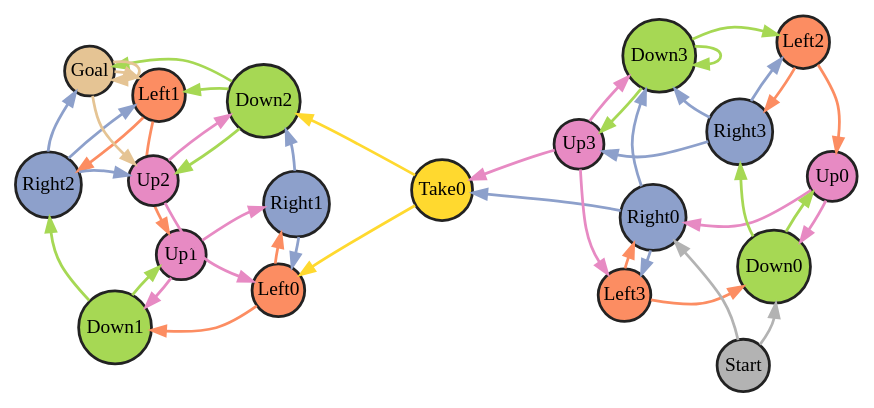
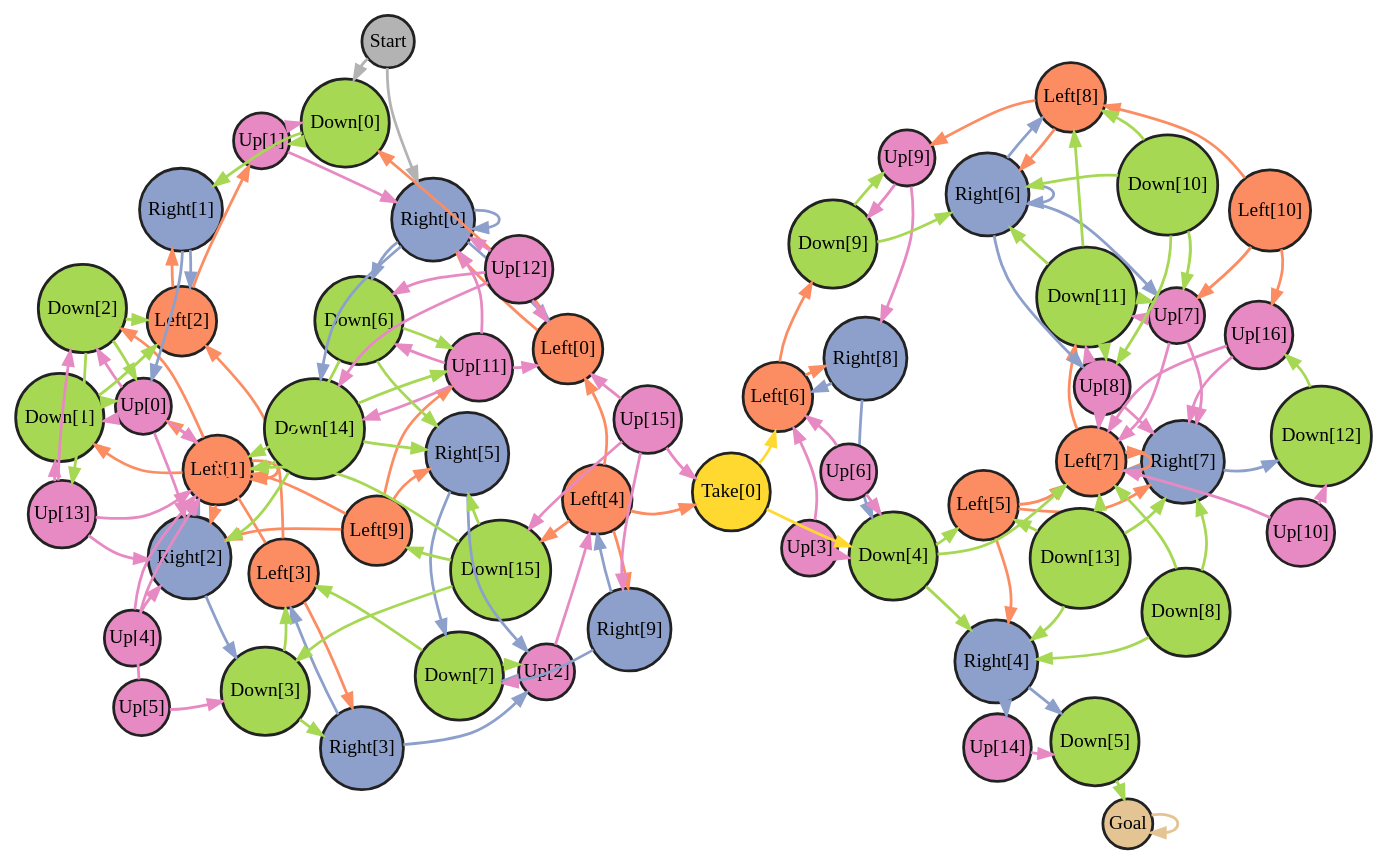
One commit to MrDiver/SymbolicLearning changed the diagram in data/graph.dot. Above: the diagram before and after it, drawn with Graphviz. The commit also changed 84 other files, not shown here.

```diff
--- a/data/graph.dot
+++ b/data/graph.dot
@@ -10,69 +10,212 @@
     smoothing = "spring";
     {
 	node[margin=0 color="#222222" penwidth=2.0 shape=circle style=filled fontname=serif]
-	0 [label="Left0" fillcolor="#fc8d62" ];
-	1 [label="Left1" fillcolor="#fc8d62" ];
-	2 [label="Left2" fillcolor="#fc8d62" ];
-	3 [label="Left3" fillcolor="#fc8d62" ];
-	4 [label="Right0" fillcolor="#8da0cb" ];
-	5 [label="Right1" fillcolor="#8da0cb" ];
-	6 [label="Right2" fillcolor="#8da0cb" ];
-	7 [label="Right3" fillcolor="#8da0cb" ];
-	8 [label="Up0" fillcolor="#e78ac3" ];
-	9 [label="Up1" fillcolor="#e78ac3" ];
-	10 [label="Up2" fillcolor="#e78ac3" ];
-	11 [label="Up3" fillcolor="#e78ac3" ];
-	12 [label="Down0" fillcolor="#a6d854" ];
-	13 [label="Down1" fillcolor="#a6d854" ];
-	14 [label="Down2" fillcolor="#a6d854" ];
-	15 [label="Down3" fillcolor="#a6d854" ];
-	16 [label="Take0" fillcolor="#ffd92f" ];
-	17 [label="Goal" fillcolor="#e5c494" ];
-	18 [label="Start" fillcolor="#b3b3b3" ];
+	0 [label="Left[0]" fillcolor="#fc8d62" ];
+	1 [label="Left[1]" fillcolor="#fc8d62" ];
+	2 [label="Left[2]" fillcolor="#fc8d62" ];
+	3 [label="Left[3]" fillcolor="#fc8d62" ];
+	4 [label="Left[4]" fillcolor="#fc8d62" ];
+	5 [label="Left[5]" fillcolor="#fc8d62" ];
+	6 [label="Left[6]" fillcolor="#fc8d62" ];
+	7 [label="Left[7]" fillcolor="#fc8d62" ];
+	8 [label="Left[8]" fillcolor="#fc8d62" ];
+	9 [label="Left[9]" fillcolor="#fc8d62" ];
+	10 [label="Left[10]" fillcolor="#fc8d62" ];
+	11 [label="Right[0]" fillcolor="#8da0cb" ];
+	12 [label="Right[1]" fillcolor="#8da0cb" ];
+	13 [label="Right[2]" fillcolor="#8da0cb" ];
+	14 [label="Right[3]" fillcolor="#8da0cb" ];
+	15 [label="Right[4]" fillcolor="#8da0cb" ];
+	16 [label="Right[5]" fillcolor="#8da0cb" ];
+	17 [label="Right[6]" fillcolor="#8da0cb" ];
+	18 [label="Right[7]" fillcolor="#8da0cb" ];
+	19 [label="Right[8]" fillcolor="#8da0cb" ];
+	20 [label="Right[9]" fillcolor="#8da0cb" ];
+	21 [label="Up[0]" fillcolor="#e78ac3" ];
+	22 [label="Up[1]" fillcolor="#e78ac3" ];
+	23 [label="Up[2]" fillcolor="#e78ac3" ];
+	24 [label="Up[3]" fillcolor="#e78ac3" ];
+	25 [label="Up[4]" fillcolor="#e78ac3" ];
+	26 [label="Up[5]" fillcolor="#e78ac3" ];
+	27 [label="Up[6]" fillcolor="#e78ac3" ];
+	28 [label="Up[7]" fillcolor="#e78ac3" ];
+	29 [label="Up[8]" fillcolor="#e78ac3" ];
+	30 [label="Up[9]" fillcolor="#e78ac3" ];
+	31 [label="Up[10]" fillcolor="#e78ac3" ];
+	32 [label="Up[11]" fillcolor="#e78ac3" ];
+	33 [label="Up[12]" fillcolor="#e78ac3" ];
+	34 [label="Up[13]" fillcolor="#e78ac3" ];
+	35 [label="Up[14]" fillcolor="#e78ac3" ];
+	36 [label="Up[15]" fillcolor="#e78ac3" ];
+	37 [label="Up[16]" fillcolor="#e78ac3" ];
+	38 [label="Down[0]" fillcolor="#a6d854" ];
+	39 [label="Down[1]" fillcolor="#a6d854" ];
+	40 [label="Down[2]" fillcolor="#a6d854" ];
+	41 [label="Down[3]" fillcolor="#a6d854" ];
+	42 [label="Down[4]" fillcolor="#a6d854" ];
+	43 [label="Down[5]" fillcolor="#a6d854" ];
+	44 [label="Down[6]" fillcolor="#a6d854" ];
+	45 [label="Down[7]" fillcolor="#a6d854" ];
+	46 [label="Down[8]" fillcolor="#a6d854" ];
+	47 [label="Down[9]" fillcolor="#a6d854" ];
+	48 [label="Down[10]" fillcolor="#a6d854" ];
+	49 [label="Down[11]" fillcolor="#a6d854" ];
+	50 [label="Down[12]" fillcolor="#a6d854" ];
+	51 [label="Down[13]" fillcolor="#a6d854" ];
+	52 [label="Down[14]" fillcolor="#a6d854" ];
+	53 [label="Down[15]" fillcolor="#a6d854" ];
+	54 [label="Take[0]" fillcolor="#ffd92f" ];
+	55 [label="Goal" fillcolor="#e5c494" ];
+	56 [label="Start" fillcolor="#b3b3b3" ];
 }
-	 edge[style="solid" penwidth=2.0 colorscheme=spectral11]	18 -> 4 [color="#b3b3b3" ];
-	18 -> 12 [color="#b3b3b3" ];
-	0 -> 5 [color="#fc8d62" ];
-	0 -> 13 [color="#fc8d62" ];
-	1 -> 6 [color="#fc8d62" ];
-	1 -> 9 [color="#fc8d62" ];
-	2 -> 7 [color="#fc8d62" ];
-	2 -> 8 [color="#fc8d62" ];
-	3 -> 4 [color="#fc8d62" ];
-	3 -> 12 [color="#fc8d62" ];
-	4 -> 3 [color="#8da0cb" ];
-	4 -> 15 [color="#8da0cb" ];
-	4 -> 16 [color="#8da0cb" ];
-	5 -> 0 [color="#8da0cb" ];
-	5 -> 14 [color="#8da0cb" ];
-	6 -> 1 [color="#8da0cb" ];
-	6 -> 10 [color="#8da0cb" ];
-	6 -> 17 [color="#8da0cb" ];
-	7 -> 2 [color="#8da0cb" ];
-	7 -> 11 [color="#8da0cb" ];
-	7 -> 15 [color="#8da0cb" ];
-	8 -> 4 [color="#e78ac3" ];
-	8 -> 12 [color="#e78ac3" ];
-	9 -> 5 [color="#e78ac3" ];
-	9 -> 13 [color="#e78ac3" ];
-	10 -> 0 [color="#e78ac3" ];
-	10 -> 14 [color="#e78ac3" ];
-	11 -> 3 [color="#e78ac3" ];
-	11 -> 15 [color="#e78ac3" ];
-	11 -> 16 [color="#e78ac3" ];
-	12 -> 7 [color="#a6d854" ];
-	12 -> 8 [color="#a6d854" ];
-	13 -> 6 [color="#a6d854" ];
-	13 -> 9 [color="#a6d854" ];
-	14 -> 1 [color="#a6d854" ];
-	14 -> 10 [color="#a6d854" ];
-	14 -> 17 [color="#a6d854" ];
-	15 -> 2 [color="#a6d854" ];
-	15 -> 11 [color="#a6d854" ];
-	15 -> 15 [color="#a6d854" ];
-	16 -> 0 [color="#ffd92f" ];
-	16 -> 14 [color="#ffd92f" ];
-	17 -> 1 [color="#e5c494" ];
-	17 -> 10 [color="#e5c494" ];
-	17 -> 17 [color="#e5c494" ];
+	 edge[style="solid" penwidth=2.0 colorscheme=spectral11]	56 -> 11 [color="#b3b3b3" ];
+	56 -> 38 [color="#b3b3b3" ];
+	0 -> 11 [color="#fc8d62" ];
+	0 -> 38 [color="#fc8d62" ];
+	1 -> 1 [color="#fc8d62" ];
+	1 -> 13 [color="#fc8d62" ];
+	1 -> 39 [color="#fc8d62" ];
+	1 -> 40 [color="#fc8d62" ];
+	2 -> 12 [color="#fc8d62" ];
+	2 -> 22 [color="#fc8d62" ];
+	3 -> 2 [color="#fc8d62" ];
+	3 -> 14 [color="#fc8d62" ];
+	3 -> 21 [color="#fc8d62" ];
+	4 -> 0 [color="#fc8d62" ];
+	4 -> 20 [color="#fc8d62" ];
+	4 -> 53 [color="#fc8d62" ];
+	4 -> 54 [color="#fc8d62" ];
+	5 -> 7 [color="#fc8d62" ];
+	5 -> 15 [color="#fc8d62" ];
+	5 -> 18 [color="#fc8d62" ];
+	6 -> 19 [color="#fc8d62" ];
+	6 -> 47 [color="#fc8d62" ];
+	7 -> 7 [color="#fc8d62" ];
+	7 -> 18 [color="#fc8d62" ];
+	7 -> 49 [color="#fc8d62" ];
+	8 -> 17 [color="#fc8d62" ];
+	8 -> 30 [color="#fc8d62" ];
+	9 -> 1 [color="#fc8d62" ];
+	9 -> 13 [color="#fc8d62" ];
+	9 -> 16 [color="#fc8d62" ];
+	9 -> 32 [color="#fc8d62" ];
+	10 -> 8 [color="#fc8d62" ];
+	10 -> 28 [color="#fc8d62" ];
+	10 -> 37 [color="#fc8d62" ];
+	11 -> 0 [color="#8da0cb" ];
+	11 -> 11 [color="#8da0cb" ];
+	11 -> 44 [color="#8da0cb" ];
+	11 -> 52 [color="#8da0cb" ];
+	12 -> 2 [color="#8da0cb" ];
+	12 -> 21 [color="#8da0cb" ];
+	13 -> 1 [color="#8da0cb" ];
+	13 -> 41 [color="#8da0cb" ];
+	14 -> 3 [color="#8da0cb" ];
+	14 -> 23 [color="#8da0cb" ];
+	15 -> 35 [color="#8da0cb" ];
+	15 -> 43 [color="#8da0cb" ];
+	16 -> 23 [color="#8da0cb" ];
+	16 -> 45 [color="#8da0cb" ];
+	17 -> 8 [color="#8da0cb" ];
+	17 -> 17 [color="#8da0cb" ];
+	17 -> 28 [color="#8da0cb" ];
+	17 -> 29 [color="#8da0cb" ];
+	18 -> 7 [color="#8da0cb" ];
+	18 -> 50 [color="#8da0cb" ];
+	19 -> 6 [color="#8da0cb" ];
+	19 -> 42 [color="#8da0cb" ];
+	20 -> 4 [color="#8da0cb" ];
+	20 -> 45 [color="#8da0cb" ];
+	21 -> 1 [color="#e78ac3" ];
+	21 -> 13 [color="#e78ac3" ];
+	21 -> 39 [color="#e78ac3" ];
+	21 -> 40 [color="#e78ac3" ];
+	22 -> 11 [color="#e78ac3" ];
+	22 -> 38 [color="#e78ac3" ];
+	23 -> 4 [color="#e78ac3" ];
+	23 -> 45 [color="#e78ac3" ];
+	24 -> 6 [color="#e78ac3" ];
+	24 -> 42 [color="#e78ac3" ];
+	25 -> 1 [color="#e78ac3" ];
+	25 -> 13 [color="#e78ac3" ];
+	26 -> 1 [color="#e78ac3" ];
+	26 -> 41 [color="#e78ac3" ];
+	27 -> 6 [color="#e78ac3" ];
+	27 -> 42 [color="#e78ac3" ];
+	28 -> 7 [color="#e78ac3" ];
+	28 -> 18 [color="#e78ac3" ];
+	28 -> 49 [color="#e78ac3" ];
+	29 -> 7 [color="#e78ac3" ];
+	29 -> 18 [color="#e78ac3" ];
+	29 -> 49 [color="#e78ac3" ];
+	30 -> 19 [color="#e78ac3" ];
+	30 -> 47 [color="#e78ac3" ];
+	31 -> 7 [color="#e78ac3" ];
+	31 -> 50 [color="#e78ac3" ];
+	32 -> 0 [color="#e78ac3" ];
+	32 -> 11 [color="#e78ac3" ];
+	32 -> 44 [color="#e78ac3" ];
+	32 -> 52 [color="#e78ac3" ];
+	33 -> 0 [color="#e78ac3" ];
+	33 -> 11 [color="#e78ac3" ];
+	33 -> 44 [color="#e78ac3" ];
+	33 -> 52 [color="#e78ac3" ];
+	34 -> 1 [color="#e78ac3" ];
+	34 -> 13 [color="#e78ac3" ];
+	34 -> 39 [color="#e78ac3" ];
+	34 -> 40 [color="#e78ac3" ];
+	35 -> 43 [color="#e78ac3" ];
+	36 -> 0 [color="#e78ac3" ];
+	36 -> 20 [color="#e78ac3" ];
+	36 -> 53 [color="#e78ac3" ];
+	36 -> 54 [color="#e78ac3" ];
+	37 -> 7 [color="#e78ac3" ];
+	37 -> 18 [color="#e78ac3" ];
+	38 -> 12 [color="#a6d854" ];
+	38 -> 22 [color="#a6d854" ];
+	39 -> 2 [color="#a6d854" ];
+	39 -> 21 [color="#a6d854" ];
+	40 -> 2 [color="#a6d854" ];
+	40 -> 21 [color="#a6d854" ];
+	40 -> 34 [color="#a6d854" ];
+	41 -> 3 [color="#a6d854" ];
+	41 -> 14 [color="#a6d854" ];
+	42 -> 5 [color="#a6d854" ];
+	42 -> 7 [color="#a6d854" ];
+	42 -> 15 [color="#a6d854" ];
+	43 -> 55 [color="#a6d854" ];
+	44 -> 1 [color="#a6d854" ];
+	44 -> 16 [color="#a6d854" ];
+	44 -> 32 [color="#a6d854" ];
+	45 -> 3 [color="#a6d854" ];
+	45 -> 23 [color="#a6d854" ];
+	46 -> 7 [color="#a6d854" ];
+	46 -> 15 [color="#a6d854" ];
+	46 -> 18 [color="#a6d854" ];
+	47 -> 17 [color="#a6d854" ];
+	47 -> 30 [color="#a6d854" ];
+	48 -> 8 [color="#a6d854" ];
+	48 -> 17 [color="#a6d854" ];
+	48 -> 28 [color="#a6d854" ];
+	48 -> 29 [color="#a6d854" ];
+	49 -> 8 [color="#a6d854" ];
+	49 -> 17 [color="#a6d854" ];
+	49 -> 28 [color="#a6d854" ];
+	49 -> 29 [color="#a6d854" ];
+	50 -> 37 [color="#a6d854" ];
+	51 -> 5 [color="#a6d854" ];
+	51 -> 7 [color="#a6d854" ];
+	51 -> 15 [color="#a6d854" ];
+	51 -> 18 [color="#a6d854" ];
+	52 -> 1 [color="#a6d854" ];
+	52 -> 13 [color="#a6d854" ];
+	52 -> 16 [color="#a6d854" ];
+	52 -> 32 [color="#a6d854" ];
+	53 -> 1 [color="#a6d854" ];
+	53 -> 9 [color="#a6d854" ];
+	53 -> 16 [color="#a6d854" ];
+	53 -> 41 [color="#a6d854" ];
+	54 -> 6 [color="#ffd92f" ];
+	54 -> 42 [color="#ffd92f" ];
+	55 -> 55 [color="#e5c494" ];
 }
```
